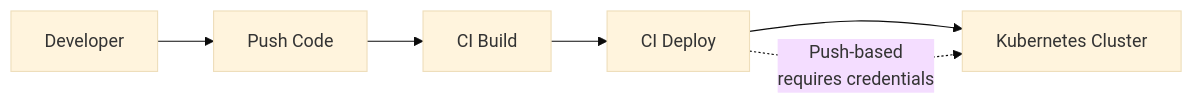
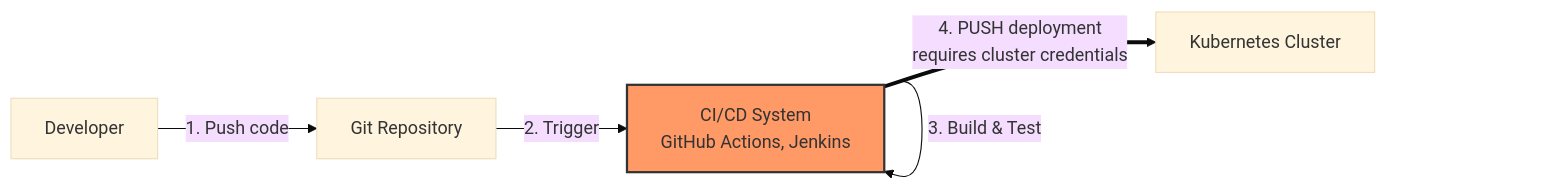
The first of 3 diagrams in 6-argocd-gitops/README.md (eislab-cps/m7011e), drawn with Mermaid (base theme) before and after one commit. The commit also changed other lines of this file and 1 other file, not shown here.

````diff
--- a/6-argocd-gitops/README.md
+++ b/6-argocd-gitops/README.md
@@ -19,9 +19,9 @@
 ```mermaid
 flowchart LR
-    Dev[Developer] --> Push[Push Code]
-    Push --> Build[CI Build]
-    Build --> Deploy[CI Deploy]
-    Deploy --> K8s[Kubernetes Cluster]
+    Dev[Developer] -->|1. Push code| Git[Git Repository]
+    Git -->|2. Trigger| CI[CI/CD System<br/>GitHub Actions, Jenkins]
+    CI -->|3. Build & Test| CI
+    CI ==>|4. PUSH deployment<br/>requires cluster credentials| K8s[Kubernetes Cluster]
 
-    Deploy -.->|Push-based<br/>requires credentials| K8s
+    style CI fill:#f96,stroke:#333,stroke-width:2px
 ```
````
